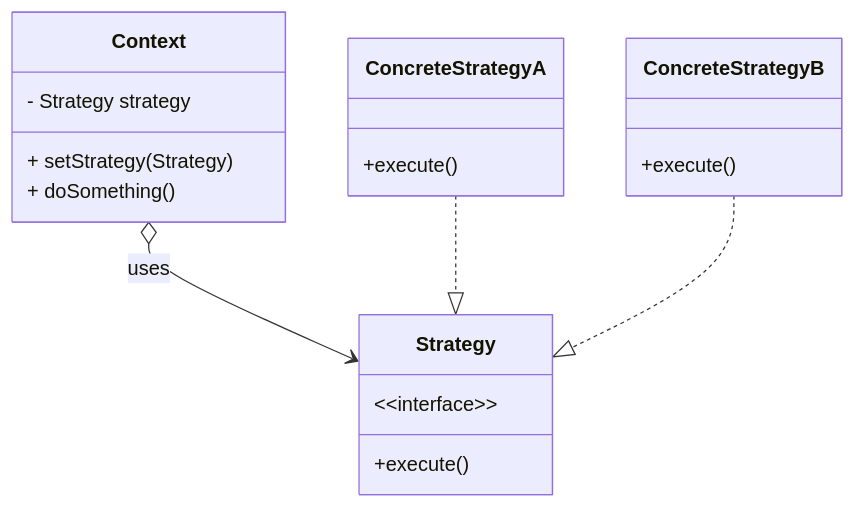
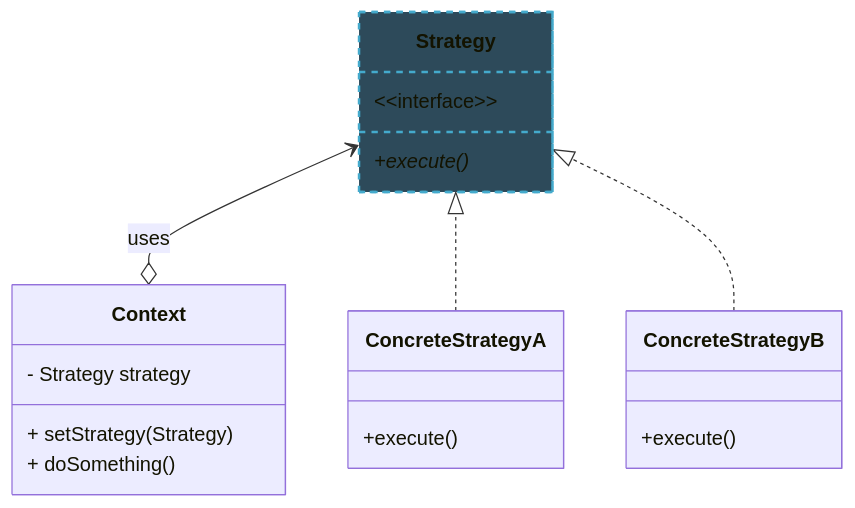
Before and after one commit to neu-pdi/cs3100-public-resources: the first of 2 diagrams in lecture-slides/l5-fp-readability.mdx, drawn with Mermaid. The commit also changed other lines of this file and 2 other files, not shown here.

````diff
--- a/lecture-slides/l5-fp-readability.mdx
+++ b/lecture-slides/l5-fp-readability.mdx
@@ -597,21 +621,23 @@
 ```mermaid
 classDiagram
+direction BT
     class Context {
         - Strategy strategy
         + setStrategy(Strategy)
         + doSomething()
     }
     class Strategy {
         &lt;&lt;interface&gt;&gt;
-        +execute()
+        +execute()*
     }
     class ConcreteStrategyA {
         +execute()
     }
     class ConcreteStrategyB {
         +execute()
     }
     Context o--> Strategy : uses
     ConcreteStrategyA ..|> Strategy
     ConcreteStrategyB ..|> Strategy
+    style Strategy fill:#2d4a5a,stroke:#4ac,stroke-width:2px,stroke-dasharray: 5 5
 ```
````
